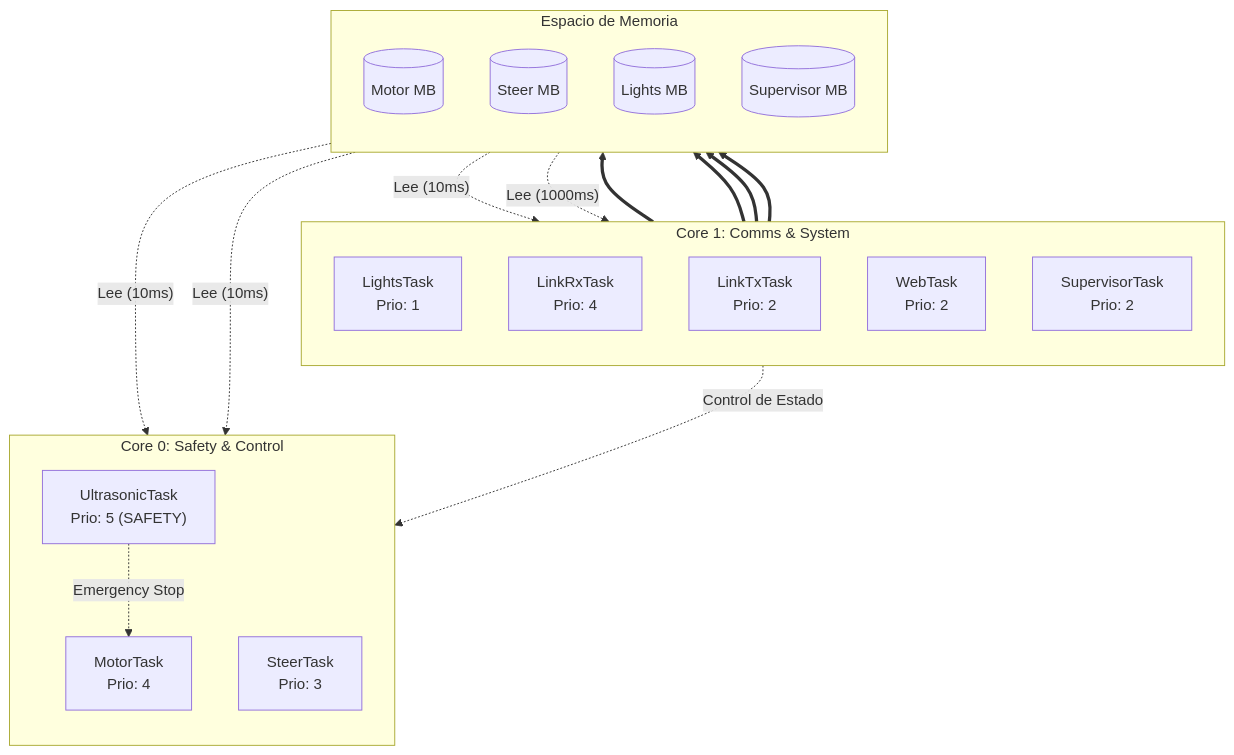
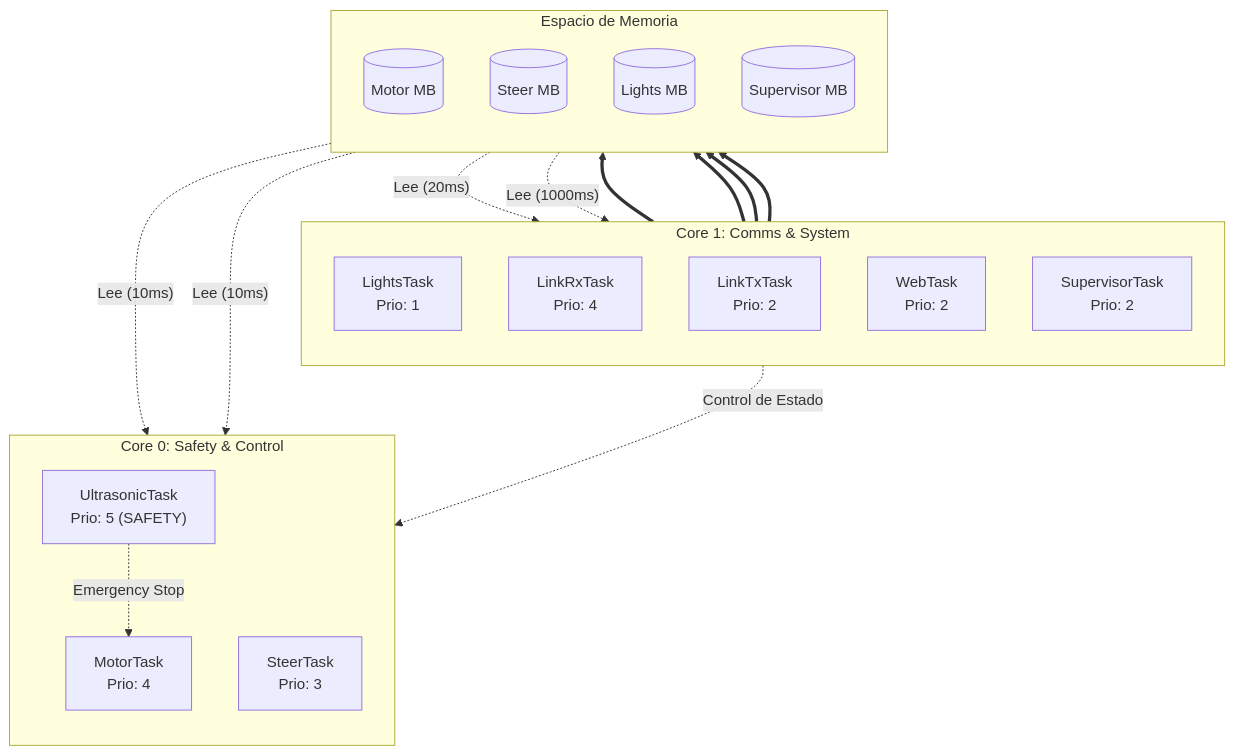
Before and after one commit to Bosch-Aura/embedded: the second of 2 diagrams in README.md, drawn with Mermaid. The commit also changed other lines of this file, not shown here.

````diff
--- a/README.md
+++ b/README.md
@@ -135,43 +139,43 @@
 ```mermaid
 graph TD
     subgraph Core1 ["Core 1: Comms & System"]
         direction TB
         LGT[LightsTask<br/>Prio: 1]
         RX[LinkRxTask<br/>Prio: 4]
         TX[LinkTxTask<br/>Prio: 2]
         WEB[WebTask<br/>Prio: 2]
         SUP[SupervisorTask<br/>Prio: 2]
     end
 
     subgraph Shared ["Espacio de Memoria"]
         direction TB
         MB_MOT[("Motor MB")]
         MB_STR[("Steer MB")]
         MB_LGT[("Lights MB")]
         MB_SUP[("Supervisor MB")]
     end
 
     subgraph Core0 ["Core 0: Safety & Control"]
         direction TB
         US["UltrasonicTask<br/>Prio: 5 (SAFETY)"]
         MOT[MotorTask<br/>Prio: 4]
         STR[SteerTask<br/>Prio: 3]
     end
 
     %% Relaciones de Escritura
     RX ==> MB_MOT
     RX ==> MB_STR
     RX ==> MB_LGT
     RX ==> MB_SUP
     WEB ~~~ MB_SUP
 
     %% Lectura
     MB_MOT -.->|"Lee (10ms)"| MOT
     MB_STR -.->|"Lee (10ms)"| STR
-    MB_SUP -.->|"Lee (10ms)"| SUP
+    MB_SUP -.->|"Lee (20ms)"| SUP
     MB_LGT -.->|"Lee (1000ms)"| LGT
 
     %% Relaciones de Control
     SUP -.->|"Control de Estado"| MOT
     US -.->|"Emergency Stop"| MOT
 ```
````
